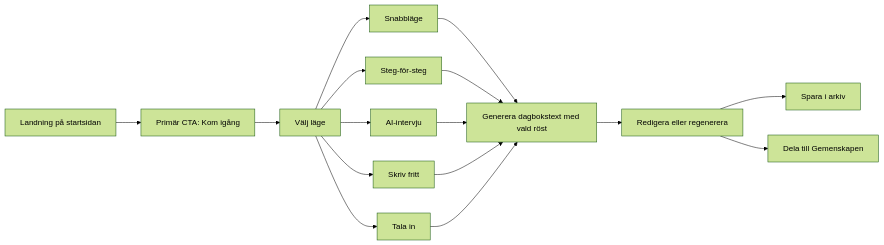
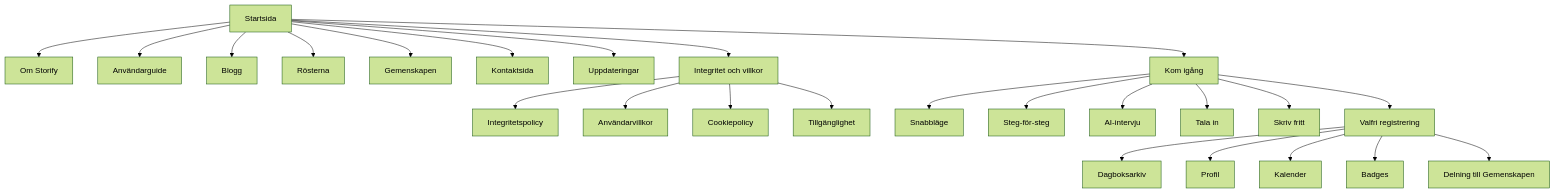
The first of 2 diagrams in deep-research-report.md (johannaefageras/storify), drawn with Mermaid (forest theme) before and after one commit. The commit also changed other lines of this file and 51 other files, not shown here.

````diff
--- a/deep-research-report.md
+++ b/deep-research-report.md
@@ -65,18 +58,30 @@
 ```mermaid
-flowchart LR
-    A[Landning på startsidan] --> B[Primär CTA: Kom igång]
-    B --> C[Välj läge]
-    C --> C1[Snabbläge]
-    C --> C2[Steg-för-steg]
-    C --> C3[AI-intervju]
-    C --> C4[Skriv fritt]
-    C --> C5[Tala in]
-    C1 --> D[Generera dagbokstext med vald röst]
-    C2 --> D
-    C3 --> D
-    C4 --> D
-    C5 --> D
-    D --> E[Redigera eller regenerera]
-    E --> F[Spara i arkiv]
-    E --> G[Dela till Gemenskapen]
+flowchart TD
+    A[Startsida] --> B[Om Storify]
+    A --> C[Användarguide]
+    A --> D[Blogg]
+    A --> E[Rösterna]
+    A --> F[Gemenskapen]
+    A --> G[Kontaktsida]
+    A --> H[Uppdateringar]
+    A --> I[Integritet och villkor]
+
+    I --> I1[Integritetspolicy]
+    I --> I2[Användarvillkor]
+    I --> I3[Cookiepolicy]
+    I --> I4[Tillgänglighet]
+
+    A --> J[Kom igång]
+    J --> J1[Snabbläge]
+    J --> J2[Steg-för-steg]
+    J --> J3[AI-intervju]
+    J --> J4[Tala in]
+    J --> J5[Skriv fritt]
+
+    J --> K[Valfri registrering]
+    K --> K1[Dagboksarkiv]
+    K --> K2[Profil]
+    K --> K3[Kalender]
+    K --> K4[Badges]
+    K --> K5[Delning till Gemenskapen]
 ```
````
